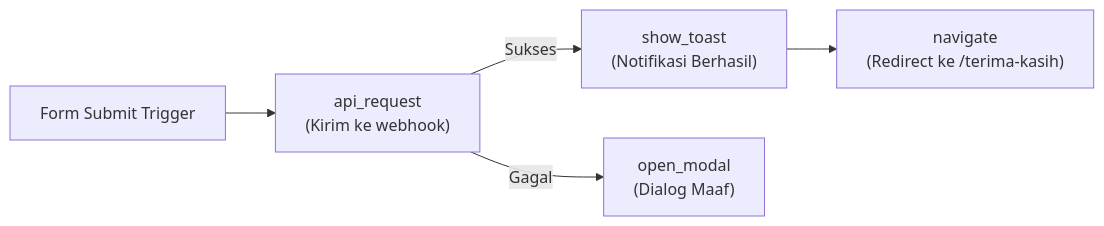
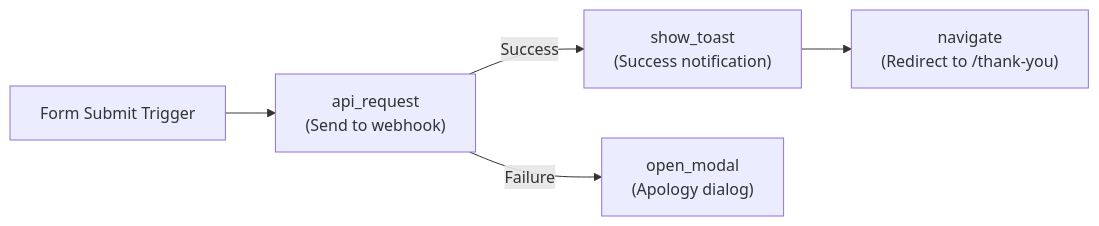
The third of 3 diagrams in apps/docs/content/docs/guides/forms-and-actions.mdx (kustora/kubuild), drawn with Mermaid before and after one commit. The commit also changed other lines of this file and 43 other files, not shown here.

````diff
--- a/apps/docs/content/docs/guides/forms-and-actions.mdx
+++ b/apps/docs/content/docs/guides/forms-and-actions.mdx
@@ -624,7 +624,7 @@
 ```mermaid
 flowchart LR
-    Submit["Form Submit Trigger"] --> API["api_request<br/>(Kirim ke webhook)"]
-    API -->|Sukses| Toast["show_toast<br/>(Notifikasi Berhasil)"]
-    API -->|Gagal| ErrModal["open_modal<br/>(Dialog Maaf)"]
-    Toast --> Nav["navigate<br/>(Redirect ke /terima-kasih)"]
+    Submit["Form Submit Trigger"] --> API["api_request<br/>(Send to webhook)"]
+    API -->|Success| Toast["show_toast<br/>(Success notification)"]
+    API -->|Failure| ErrModal["open_modal<br/>(Apology dialog)"]
+    Toast --> Nav["navigate<br/>(Redirect to /thank-you)"]
 ```
````
